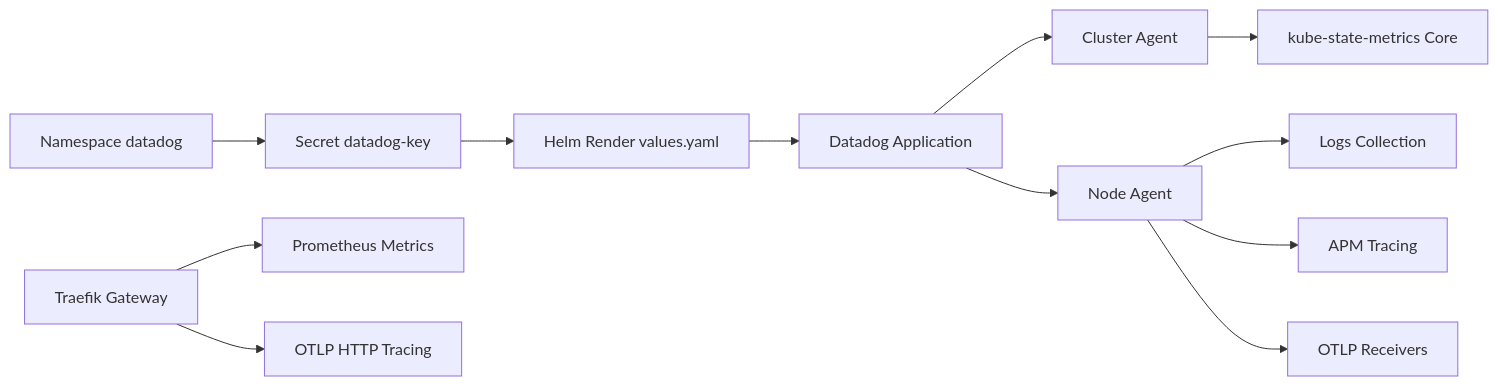
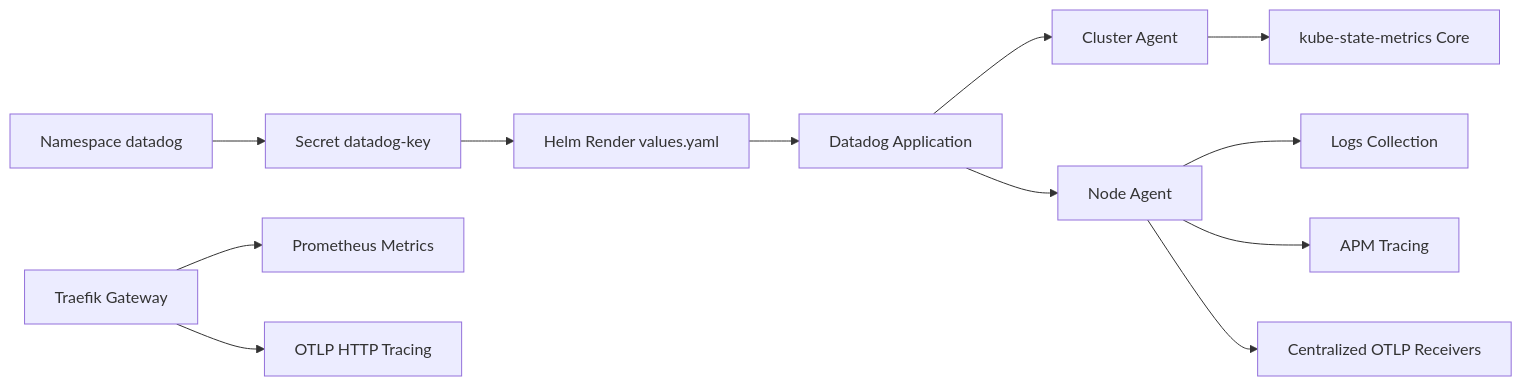
Before and after one commit to Hoangvu75/k8s_manifest: the fourth of 4 diagrams in .qoder/repowiki/en/content/Infrastructure Applications/Datadog Monitoring Agent.md, drawn with Mermaid. The commit also changed other lines of this file and 9 other files, not shown here.

````diff
--- a/.qoder/repowiki/en/content/Infrastructure Applications/Datadog Monitoring Agent.md
+++ b/.qoder/repowiki/en/content/Infrastructure Applications/Datadog Monitoring Agent.md
@@ -453,14 +436,14 @@
 ```mermaid
 graph LR
 NS["Namespace datadog"] --> SECRETS["Secret datadog-key"]
 SECRETS --> HELM["Helm Render values.yaml"]
 HELM --> APP["Datadog Application"]
 APP --> CLUSTER_AGENT["Cluster Agent"]
 APP --> NODE_AGENT["Node Agent"]
 CLUSTER_AGENT --> KSM["kube-state-metrics Core"]
 NODE_AGENT --> LOGS["Logs Collection"]
 NODE_AGENT --> APM["APM Tracing"]
-NODE_AGENT --> OTLP["OTLP Receivers"]
+NODE_AGENT --> OTLP["Centralized OTLP Receivers"]
 TRAEFIK["Traefik Gateway"] --> PROMETHEUS["Prometheus Metrics"]
 TRAEFIK --> OTLP_HTTP["OTLP HTTP Tracing"]
 ```
````
